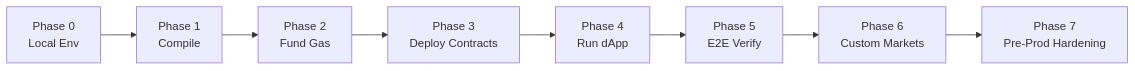
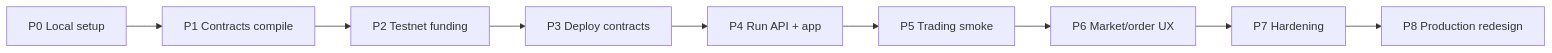
One commit to Kirashchuk/Predict-Edge changed the diagram in docs/ROADMAP.md. Above: the diagram before and after it, drawn with Mermaid. The commit also changed other lines of this file and 42 other files, not shown here.

First line of the commit message:
Add on-chain CLOB limit order book + deploy ETH-market CLOB

````diff
--- a/docs/ROADMAP.md
+++ b/docs/ROADMAP.md
@@ -7,10 +6,11 @@
 ```mermaid
 graph LR
-    P0[Phase 0<br/>Local Env] --> P1[Phase 1<br/>Compile]
-    P1 --> P2[Phase 2<br/>Fund Gas]
-    P2 --> P3[Phase 3<br/>Deploy Contracts]
-    P3 --> P4[Phase 4<br/>Run dApp]
-    P4 --> P5[Phase 5<br/>E2E Verify]
-    P5 --> P6[Phase 6<br/>Custom Markets]
-    P6 --> P7[Phase 7<br/>Pre-Prod Hardening]
+    P0["P0 Local setup"] --> P1["P1 Contracts compile"]
+    P1 --> P2["P2 Testnet funding"]
+    P2 --> P3["P3 Deploy contracts"]
+    P3 --> P4["P4 Run API + app"]
+    P4 --> P5["P5 Trading smoke"]
+    P5 --> P6["P6 Market/order UX"]
+    P6 --> P7["P7 Hardening"]
+    P7 --> P8["P8 Production redesign"]
 ```
````
